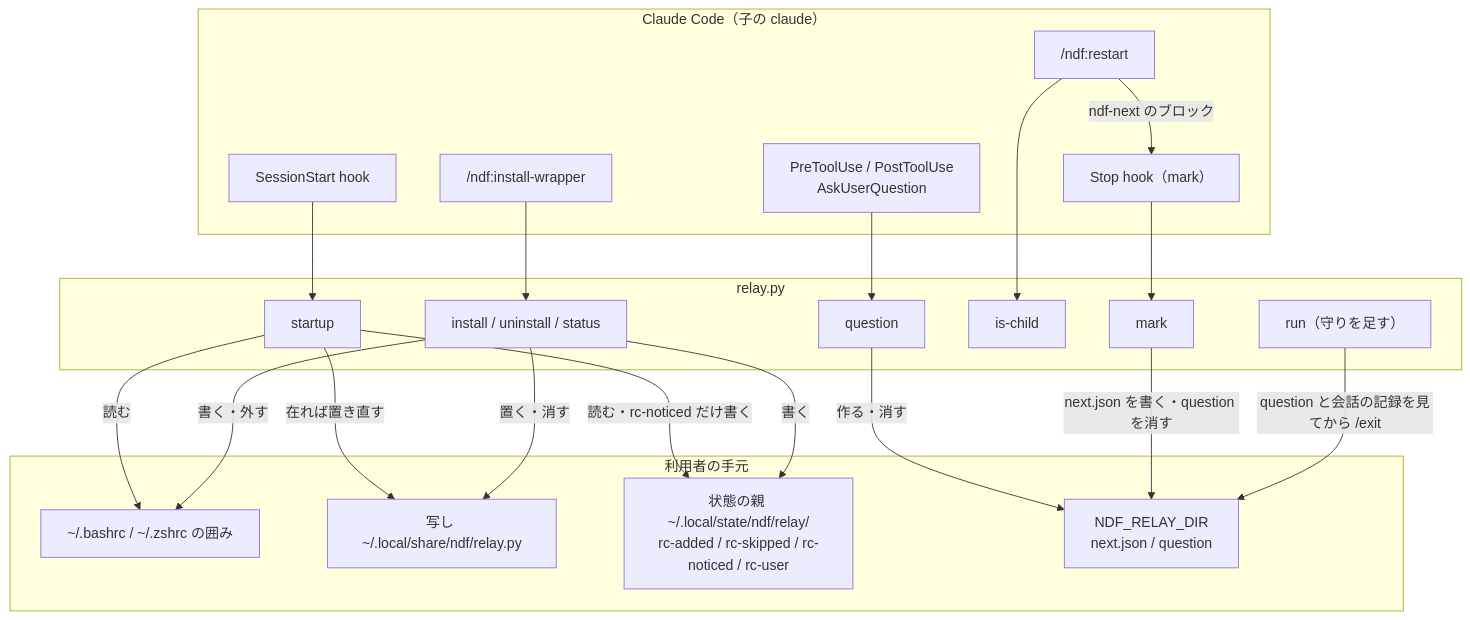
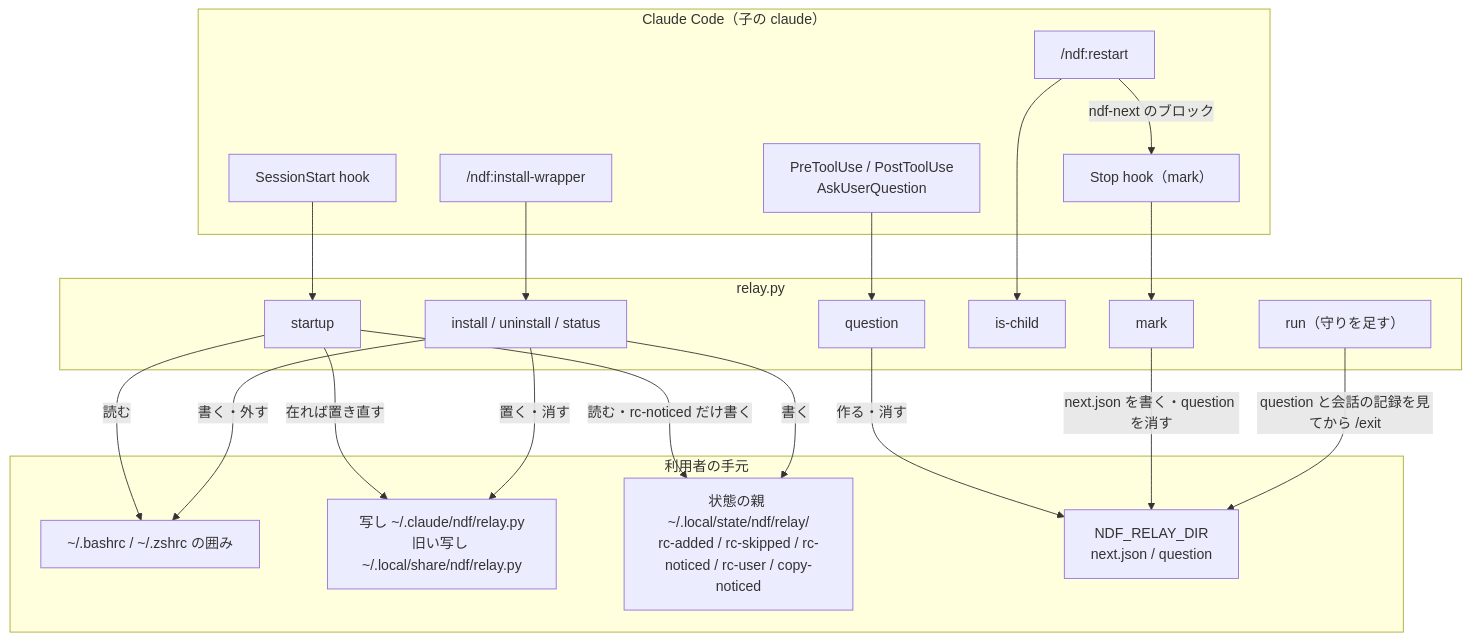
The first of 4 diagrams in issues/issue-928-design.md (devbasex/ai-plugins), drawn with Mermaid before and after one commit. The commit also changed other lines of this file and 2 other files, not shown here.

First line of the commit message:
Docs: #928 写しを永続化される ~/.claude の下へ移し、alias の無い写しを 1 度知らせる（関門 1 の差し戻し）

````diff
--- a/issues/issue-928-design.md
+++ b/issues/issue-928-design.md
@@ -48,39 +50,39 @@
 ```mermaid
 graph TB
     subgraph cc["Claude Code（子の claude）"]
         SS["SessionStart hook"]
         ST["Stop hook（mark）"]
         QH["PreToolUse / PostToolUse<br/>AskUserQuestion"]
         IW["/ndf:install-wrapper"]
         RS["/ndf:restart"]
     end
     subgraph relay["relay.py"]
         N[startup]
         I["install / uninstall / status"]
         R["run（守りを足す）"]
         K[is-child]
         M[mark]
         Q[question]
     end
     subgraph files["利用者の手元"]
         RC["~/.bashrc / ~/.zshrc の囲み"]
-        CP["写し ~/.local/share/ndf/relay.py"]
-        SD["状態の親 ~/.local/state/ndf/relay/<br/>rc-added / rc-skipped / rc-noticed / rc-user"]
+        CP["写し ~/.claude/ndf/relay.py<br/>旧い写し ~/.local/share/ndf/relay.py"]
+        SD["状態の親 ~/.local/state/ndf/relay/<br/>rc-added / rc-skipped / rc-noticed / rc-user / copy-noticed"]
         WD["NDF_RELAY_DIR<br/>next.json / question"]
     end
     SS --> N
     N -->|読む| RC
     N -->|在れば置き直す| CP
     N -->|読む・rc-noticed だけ書く| SD
     IW --> I
     I -->|書く・外す| RC
     I -->|置く・消す| CP
     I -->|書く| SD
     RS --> K
     RS -->|ndf-next のブロック| ST
     ST --> M
     QH --> Q
     Q -->|作る・消す| WD
     M -->|next.json を書く・question を消す| WD
     R -->|question と会話の記録を見てから /exit| WD
 ```
````
